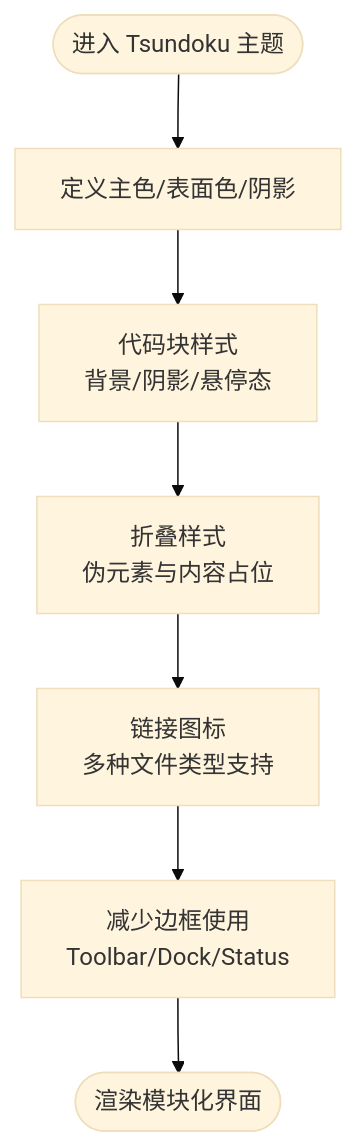
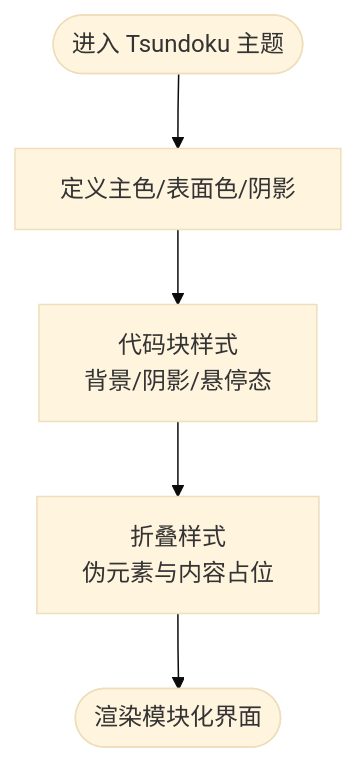
One commit to terwer/siyuan-plugin-blog changed the seventh of 8 diagrams in .qoder/repowiki/zh/content/核心功能/主题系统/自定义主题开发/主题定制实例.md. Above: the diagram before and after it, drawn with Mermaid (base theme). The commit also changed other lines of this file and 31 other files, not shown here.

````diff
--- a/.qoder/repowiki/zh/content/核心功能/主题系统/自定义主题开发/主题定制实例.md
+++ b/.qoder/repowiki/zh/content/核心功能/主题系统/自定义主题开发/主题定制实例.md
@@ -340,9 +289,7 @@
 ```mermaid
 flowchart TD
 Start(["进入 Tsundoku 主题"]) --> Tokens["定义主色/表面色/阴影"]
 Tokens --> Code["代码块样式<br/>背景/阴影/悬停态"]
 Code --> Fold["折叠样式<br/>伪元素与内容占位"]
-Fold --> Links["链接图标<br/>多种文件类型支持"]
-Links --> Borders["减少边框使用<br/>Toolbar/Dock/Status"]
-Borders --> Render(["渲染模块化界面"])
+Fold --> Render(["渲染模块化界面"])
 ```
````
